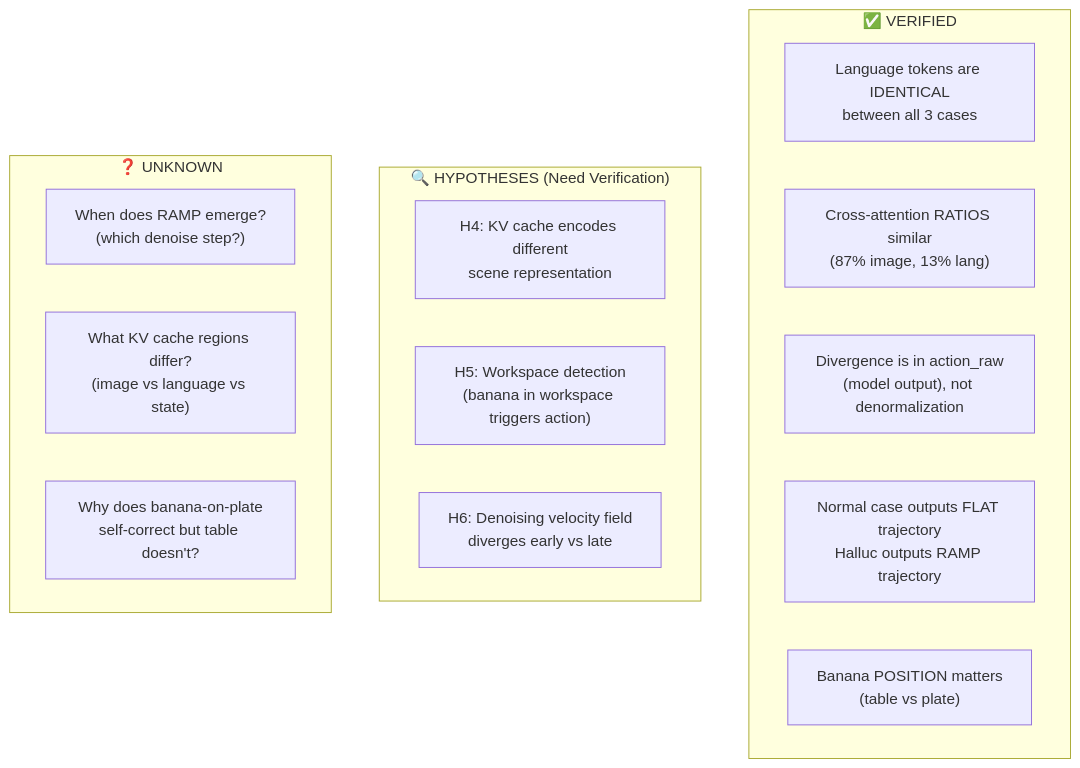
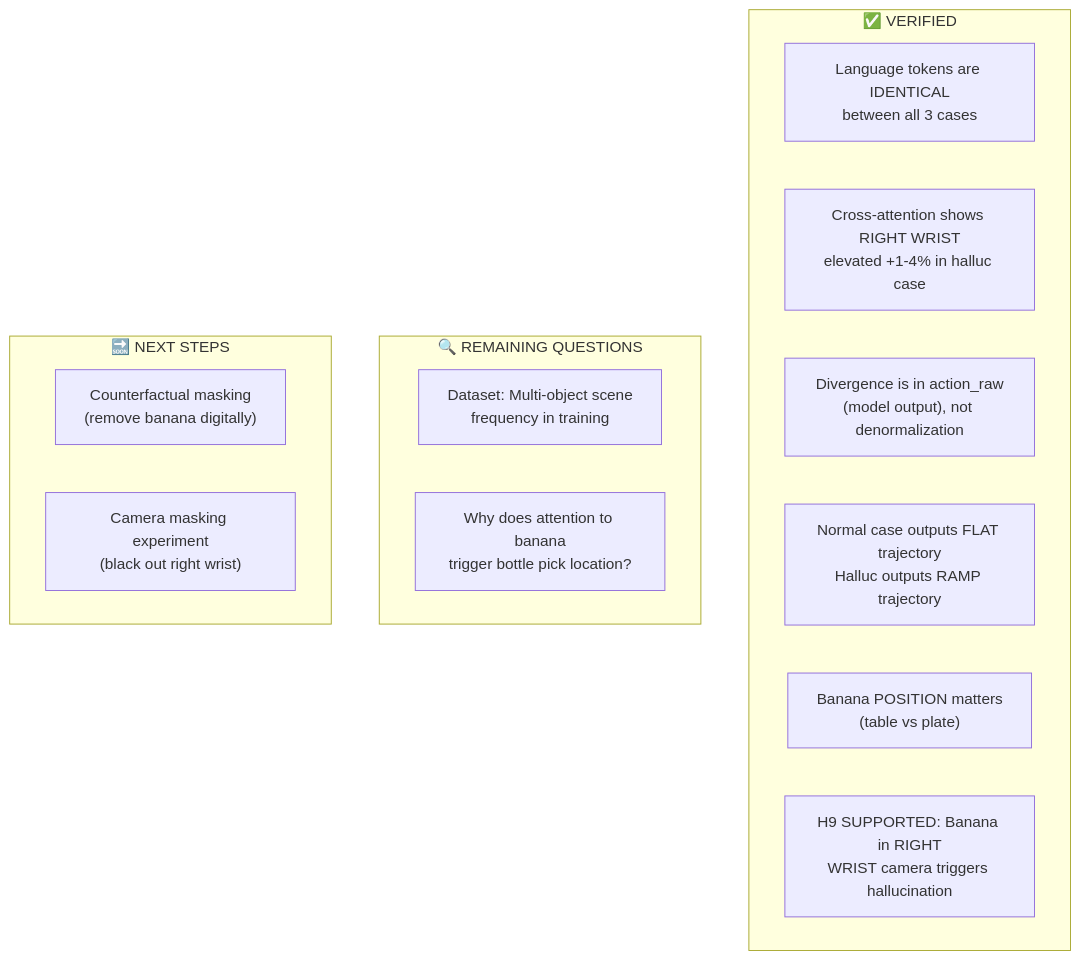
One commit to wellbeing18/lerobot changed the ninth of 12 diagrams in jdocs/bimanual/bin/smolvla_hallucination_investigation_design.md. Above: the diagram before and after it, drawn with Mermaid. The commit also changed other lines of this file, not shown here.

First line of the commit message:
doc: major update to hallucination investigation design document

````diff
--- a/jdocs/bimanual/bin/smolvla_hallucination_investigation_design.md
+++ b/jdocs/bimanual/bin/smolvla_hallucination_investigation_design.md
@@ -1909,22 +1937,21 @@
 ```mermaid
 flowchart TB
     subgraph VERIFIED["✅ VERIFIED"]
         V1["Language tokens are IDENTICAL<br/>between all 3 cases"]
-        V2["Cross-attention RATIOS similar<br/>(87% image, 13% lang)"]
+        V2["Cross-attention shows RIGHT WRIST<br/>elevated +1-4% in halluc case"]
         V3["Divergence is in action_raw<br/>(model output), not denormalization"]
         V4["Normal case outputs FLAT trajectory<br/>Halluc outputs RAMP trajectory"]
         V5["Banana POSITION matters<br/>(table vs plate)"]
+        V6["H9 SUPPORTED: Banana in RIGHT<br/>WRIST camera triggers hallucination"]
     end
 
-    subgraph HYPOTHESIS["🔍 HYPOTHESES (Need Verification)"]
-        H1["H4: KV cache encodes different<br/>scene representation"]
-        H2["H5: Workspace detection<br/>(banana in workspace triggers action)"]
-        H3["H6: Denoising velocity field<br/>diverges early vs late"]
+    subgraph HYPOTHESIS["🔍 REMAINING QUESTIONS"]
+        H1["Dataset: Multi-object scene<br/>frequency in training"]
+        H2["Why does attention to banana<br/>trigger bottle pick location?"]
     end
 
-    subgraph UNKNOWN["❓ UNKNOWN"]
-        U1["When does RAMP emerge?<br/>(which denoise step?)"]
-        U2["What KV cache regions differ?<br/>(image vs language vs state)"]
-        U3["Why does banana-on-plate<br/>self-correct but table doesn't?"]
+    subgraph NEXT["🔜 NEXT STEPS"]
+        N1["Counterfactual masking<br/>(remove banana digitally)"]
+        N2["Camera masking experiment<br/>(black out right wrist)"]
     end
 ```
````
